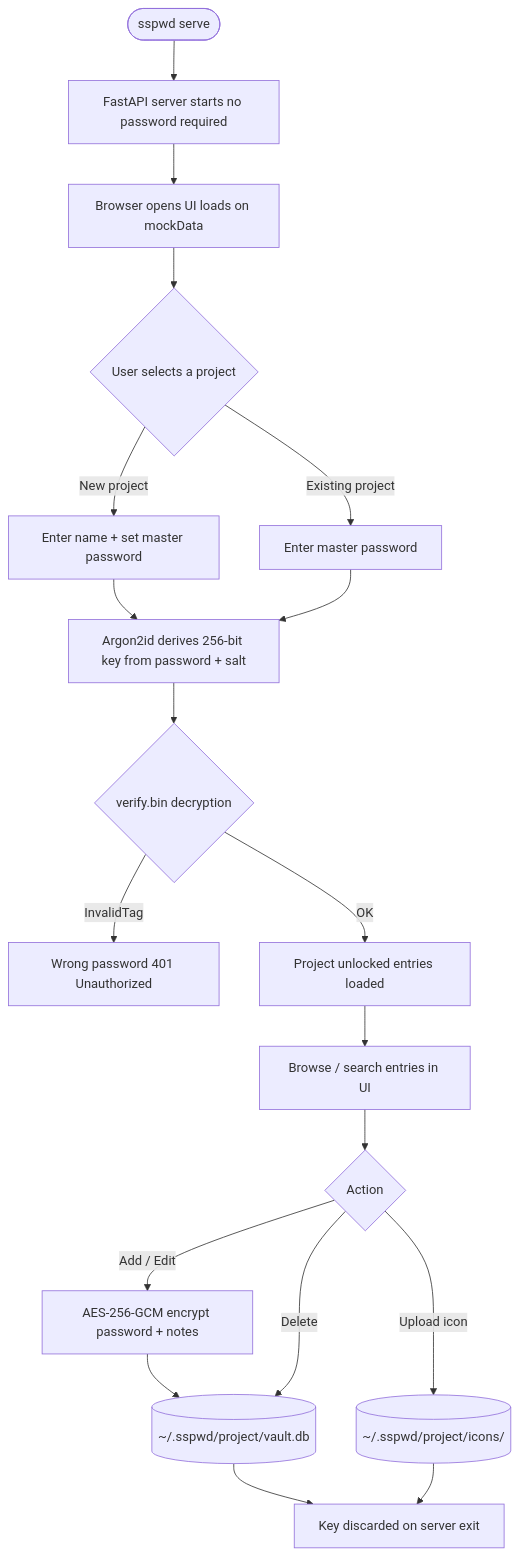
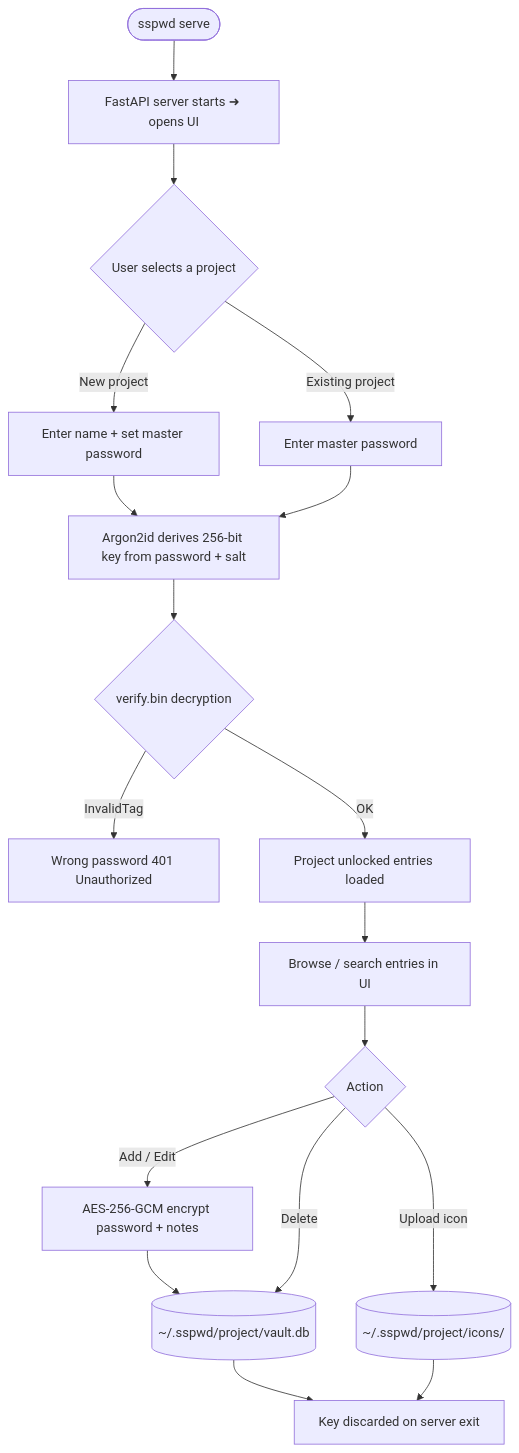
One commit to yauheniya-ai/sspwd changed the diagram in README.md. Above: the diagram before and after it, drawn with Mermaid. The commit also changed other lines of this file, not shown here.

````diff
--- a/README.md
+++ b/README.md
@@ -96,29 +96,28 @@
 ```mermaid
 flowchart TD
-    A([sspwd serve]) --> B[FastAPI server starts no password required]
-    B --> C[Browser opens UI loads on mockData]
+    A([sspwd serve]) --> B[FastAPI server starts ➜ opens UI]
 
-    C --> D{User selects a project}
+    B --> D{User selects a project}
 
     D -->|New project| E[Enter name + set master password]
     D -->|Existing project| F[Enter master password]
 
     E --> G[Argon2id derives 256-bit key from password + salt]
     F --> G
 
     G --> H{verify.bin decryption}
     H -->|InvalidTag| I[Wrong password 401 Unauthorized]
     H -->|OK| J[Project unlocked entries loaded]
 
     J --> K[Browse / search entries in UI]
     K --> L{Action}
 
     L -->|Add / Edit| M[AES-256-GCM encrypt password + notes]
     M --> N[(~/.sspwd/project/vault.db )]
 
     L -->|Delete| N
     L -->|Upload icon| O[(~/.sspwd/project/icons/)]
 
     N --> P[Key discarded on server exit]
     O --> P
 ```
````
